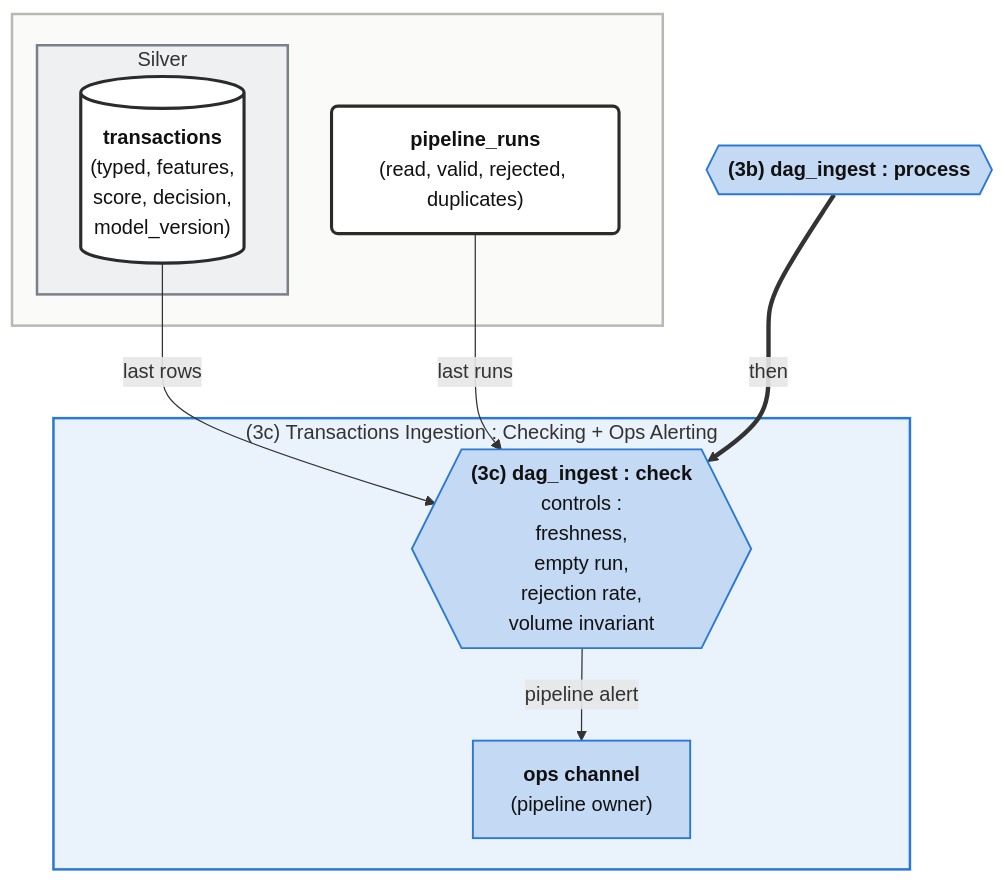
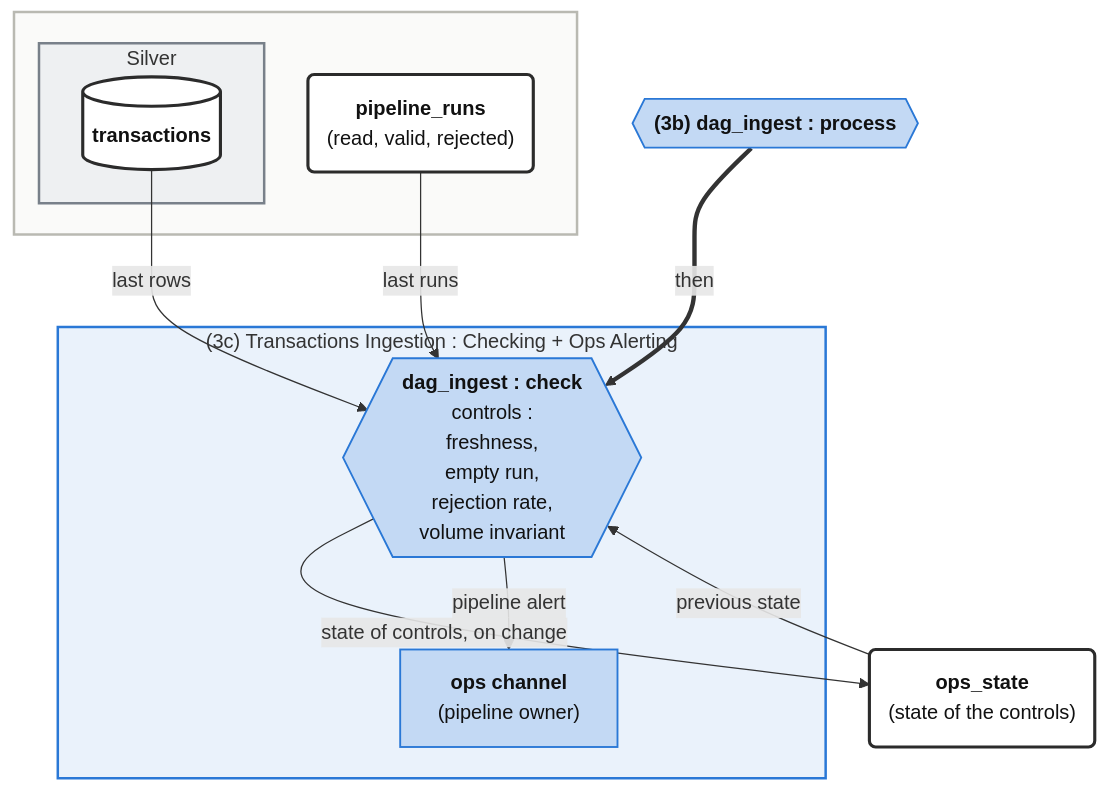
The diagram in sources/diagrams/fraud-project--data-infrastructure--diagram-3-3.md (nicolaspichon-git/jedha-data-scientist-lead-bloc3--fraud-detection-project), drawn with Mermaid before and after one commit. The commit also changed other lines of this file and 27 other files, not shown here.

````diff
--- a/sources/diagrams/fraud-project--data-infrastructure--diagram-3-3.md
+++ b/sources/diagrams/fraud-project--data-infrastructure--diagram-3-3.md
@@ -8,45 +8,49 @@
 ```mermaid
 flowchart TD
 	G1_ING_PRC{{"<b>(3b) dag_ingest : process</b>"}}
 	
 	subgraph G1_CHK["(3c) Transactions Ingestion : Checking + Ops Alerting"]
-		G1_ING_CHK{{"<b>(3c) dag_ingest : check</b><br/>controls :<br/>freshness,<br/>empty run,<br/>rejection rate,<br/>volume invariant"}}
+		G1_ING_CHK{{"<b>dag_ingest : check</b><br/>controls :<br/>freshness,<br/>empty run,<br/>rejection rate,<br/>volume invariant"}}
 		G1_OPS["<b>ops channel</b><br/>(pipeline owner)"]
 	end    
 	    
 	subgraph DL[" "]
 		subgraph DL_SILVER["Silver"]
-			DL_TXN[("<b>transactions</b><br/>(typed, features,<br/>score, decision,<br/>model_version)")]
+			DL_TXN[("<b>transactions</b>")]
 		end		
-		DL_RUNS("<b>pipeline_runs</b><br/>(read, valid, rejected, duplicates)")
+		DL_RUNS("<b>pipeline_runs</b><br/>(read, valid, rejected)")
 	end
+	
+	OPS("<b>ops_state</b><br/>(state of the controls)")
 	
     %% ---
     G1_ING_PRC ~~~ G1_CHK
     
     %% ---------- Control flow ----------
 	G1_ING_PRC ==>|"then"| G1_ING_CHK
 	
     %% ---------- Data flow ----------
     DL_RUNS -->|"last runs"| G1_ING_CHK
     DL_TXN  -->|"last rows"| G1_ING_CHK
+    OPS  -->|"previous state"| G1_ING_CHK
+    G1_ING_CHK -->|"state of controls, on change"| OPS
     G1_ING_CHK  -->|"pipeline alert"| G1_OPS
     
     %% ---------- Group colours (pale wash) ----------
     style G1_CHK fill:#eaf2fb,stroke:#2a78d6,stroke-width:2px
     style DL   fill:#fafaf9,stroke:#b9b9b2,stroke-width:2px
     style DL_SILVER  fill:#eef0f2,stroke:#78808a,stroke-width:2px
 
     %% ---------- Nodes : same hue, more intense ----------
     classDef nG1  fill:#c3d9f4,stroke:#2a78d6,stroke-width:1.5px,color:#111111
     class G1_T1,G1_API,G1_ING_FCH,G1_ING_PRC,G1_ING_CHK,G1_OPS nG1
     %% simulation scaffolding : dashed border, absent from a real deployment
     classDef demo fill:#ffffff,stroke:#8a6a3c,stroke-width:1.5px,stroke-dasharray:4 3,color:#333333
     class DLY demo
 
     %% ---------- Shared stores : white, overriding the group colour ----------
     %% written and/or read by more than one pipeline
     classDef shared fill:#ffffff,stroke:#2b2b2b,stroke-width:2.5px,color:#111111
-    class DL_TXN,DL_RUNS shared
+    class DL_TXN,DL_RUNS,OPS shared
 
 ```
````
